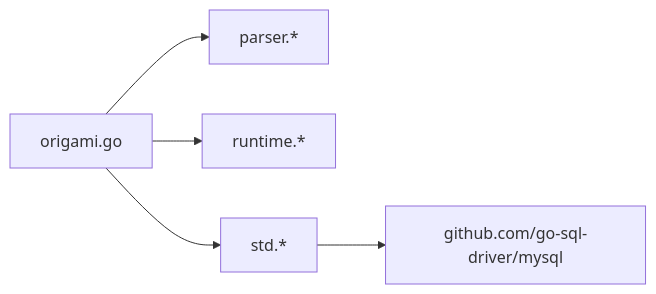
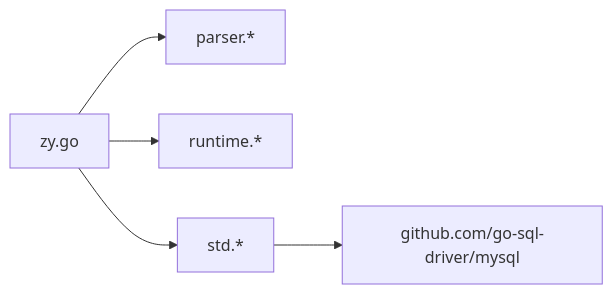
Before and after one commit to php-any/origami: the seventh of 7 diagrams in .qoder/repowiki/zh/content/项目概述.md, drawn with Mermaid. The commit also changed other lines of this file and 21 other files, not shown here.

````diff
--- a/.qoder/repowiki/zh/content/项目概述.md
+++ b/.qoder/repowiki/zh/content/项目概述.md
@@ -259,7 +259,7 @@
 ```mermaid
 graph LR
-origami_go["origami.go"] --> parser["parser.*"]
+origami_go["zy.go"] --> parser["parser.*"]
 origami_go --> runtime["runtime.*"]
 origami_go --> std["std.*"]
 std --> mysql["github.com/go-sql-driver/mysql"]
 ```
````
